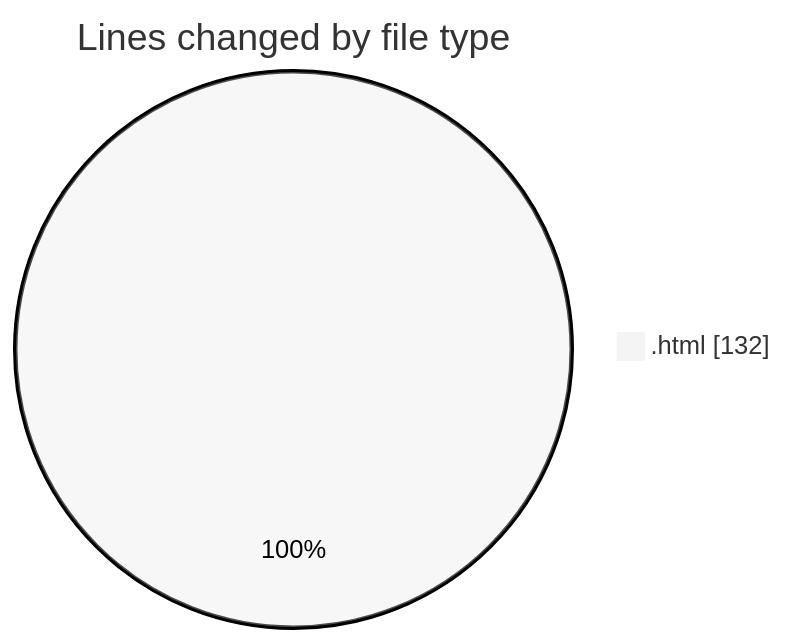
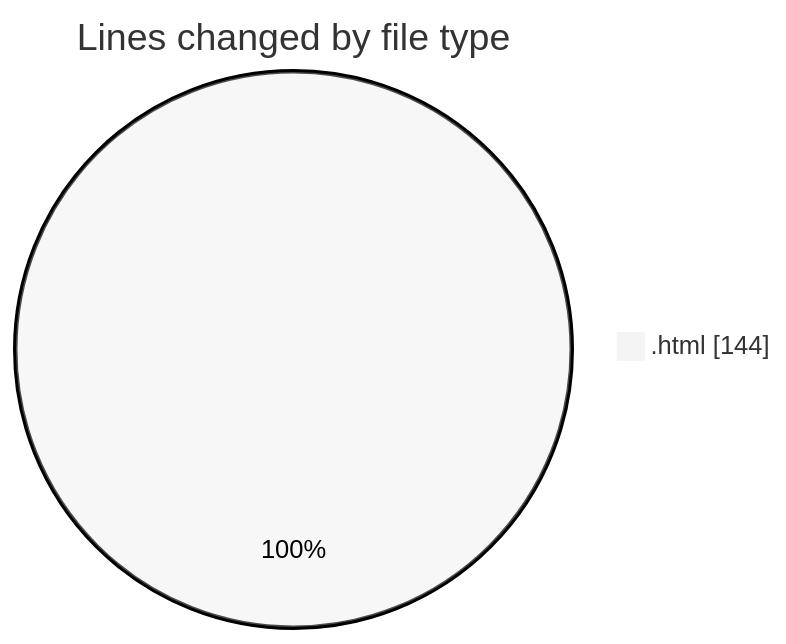
One commit to robertbonfada/code-tracking changed the first of 2 diagrams in 2025-02-13/image-composer/README.md. Above: the diagram before and after it, drawn with Mermaid (neutral theme). The commit also changed other lines of this file and 1 other file, not shown here.

````diff
--- a/2025-02-13/image-composer/README.md
+++ b/2025-02-13/image-composer/README.md
@@ -20,5 +20,5 @@
 ```mermaid
 pie showData
 title Lines changed by file type
-".html" : 132
+".html" : 144
 ```
````
